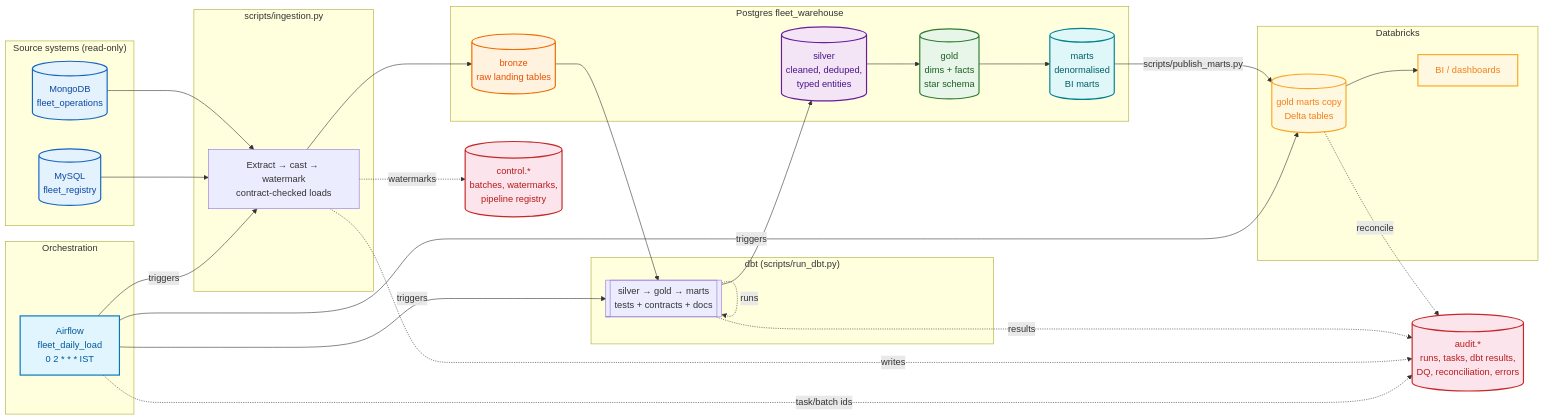
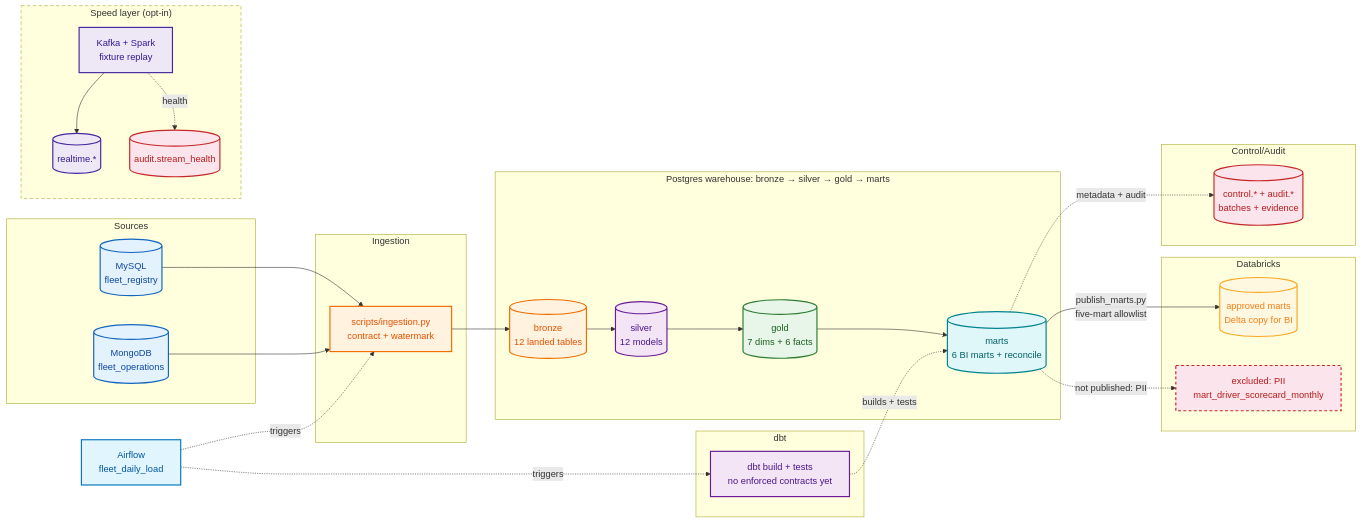
The first of 2 diagrams in README.md (Nitinx12/Fleet-dbt-warehouse), drawn with Mermaid before and after one commit. The commit also changed other lines of this file and 1 other file, not shown here.

Commit message:
docs(readme): polish overview and diagrams

````diff
--- a/README.md
+++ b/README.md
@@ -51,72 +38,57 @@
 ```mermaid
 flowchart LR
-    classDef src fill:#e3f2fd,stroke:#1565c0,stroke-width:2px,color:#0d47a1
-    classDef bronze fill:#fff3e0,stroke:#ef6c00,stroke-width:2px,color:#e65100
-    classDef silver fill:#f3e5f5,stroke:#6a1b9a,stroke-width:2px,color:#4a148c
-    classDef gold fill:#e8f5e9,stroke:#2e7d32,stroke-width:2px,color:#1b5e20
-    classDef mart fill:#e0f7fa,stroke:#00838f,stroke-width:2px,color:#006064
-    classDef bi fill:#fff8e1,stroke:#f9a825,stroke-width:2px,color:#f57f17
-    classDef ctrl fill:#fce4ec,stroke:#c62828,stroke-width:2px,color:#b71c1c
-    classDef orch fill:#e1f5fe,stroke:#0277bd,stroke-width:2px,color:#01579b
-
-    subgraph orchestration["Orchestration"]
-        AF["Airflow<br/>fleet_daily_load<br/>0 2 * * * IST"]
-    end
-
-    subgraph sources["Source systems (read-only)"]
-        MYSQL[("MySQL<br/>fleet_registry")]
-        MONGO[("MongoDB<br/>fleet_operations")]
-    end
-
-    subgraph ingest["scripts/ingestion.py"]
-        ING[Extract → cast → watermark<br/>contract-checked loads]
-    end
-
-    subgraph pg["Postgres fleet_warehouse"]
-        BRONZE[("bronze<br/>raw landing tables")]
-        SILVER[("silver<br/>cleaned, deduped,<br/>typed entities")]
-        GOLD[("gold<br/>dims + facts<br/>star schema")]
-        MARTS[("marts<br/>denormalised<br/>BI marts")]
-    end
-
-    subgraph dbt_layer["dbt (scripts/run_dbt.py)"]
-        DBT[["silver → gold → marts<br/>tests + contracts + docs"]]
-    end
-
-    subgraph dbrx["Databricks"]
-        PUBLISH[("gold marts copy<br/>Delta tables")]
-        BI[BI / dashboards]
-    end
-
-    CTRL[("control.*<br/>batches, watermarks,<br/>pipeline registry")]
-    AUDIT[("audit.*<br/>runs, tasks, dbt results,<br/>DQ, reconciliation, errors")]
-
-    AF -->|triggers| ING
-    AF -->|triggers| DBT
-    AF -->|triggers| PUBLISH
-    AF -. task/batch ids .-> AUDIT
-    MYSQL --> ING
-    MONGO --> ING
-    ING --> BRONZE
-    BRONZE --> DBT
-    DBT --> SILVER
-    SILVER --> GOLD
-    GOLD --> MARTS
-    DBT -.runs.-> DBT
-    MARTS -->|scripts/publish_marts.py| PUBLISH
-    PUBLISH --> BI
-
-    ING -.writes.-> AUDIT
-    DBT -.results.-> AUDIT
-    PUBLISH -.reconcile.-> AUDIT
-    ING -.watermarks.-> CTRL
-
-    class AF orch
-    class MYSQL,MONGO src
-    class BRONZE bronze
-    class SILVER silver
-    class GOLD gold
-    class MARTS mart
-    class PUBLISH,BI bi
-    class CTRL,AUDIT ctrl
+  classDef src fill:#e3f2fd,stroke:#1565c0,stroke-width:2px,color:#0d47a1
+  classDef bronze fill:#fff3e0,stroke:#ef6c00,stroke-width:2px,color:#e65100
+  classDef silver fill:#f3e5f5,stroke:#6a1b9a,stroke-width:2px,color:#4a148c
+  classDef gold fill:#e8f5e9,stroke:#2e7d32,stroke-width:2px,color:#1b5e20
+  classDef mart fill:#e0f7fa,stroke:#00838f,stroke-width:2px,color:#006064
+  classDef bi fill:#fff8e1,stroke:#f9a825,stroke-width:2px,color:#f57f17
+  classDef ctrl fill:#fce4ec,stroke:#c62828,stroke-width:2px,color:#b71c1c
+  classDef orch fill:#e1f5fe,stroke:#0277bd,stroke-width:2px,color:#01579b
+  classDef speed fill:#ede7f6,stroke:#4527a0,stroke-width:2px,color:#311b92
+  classDef blocked fill:#fce4ec,stroke:#c62828,stroke-width:2px,stroke-dasharray: 5 4,color:#b71c1c
+  AF["Airflow<br/>fleet_daily_load"]:::orch
+  subgraph sources["Sources"]
+    MYSQL[("MySQL<br/>fleet_registry")]:::src
+    MONGO[("MongoDB<br/>fleet_operations")]:::src
+  end
+  subgraph ingestion["Ingestion"]
+    ING["scripts/ingestion.py<br/>contract + watermark"]:::bronze
+  end
+  subgraph warehouse["Postgres warehouse: bronze → silver → gold → marts"]
+    BRONZE[("bronze<br/>12 landed tables")]:::bronze
+    SILVER[("silver<br/>12 models")]:::silver
+    GOLD[("gold<br/>7 dims + 6 facts")]:::gold
+    MARTS[("marts<br/>6 BI marts + reconcile")]:::mart
+  end
+  subgraph dbt_layer["dbt"]
+    DBT["dbt build + tests<br/>no enforced contracts yet"]:::silver
+  end
+  subgraph databricks["Databricks"]
+    DATABRICKS[("approved marts<br/>Delta copy for BI")]:::bi
+    BLOCKED["excluded: PII<br/>mart_driver_scorecard_monthly"]:::blocked
+  end
+  subgraph control_audit["Control/Audit"]
+    CTRL[("control.* + audit.*<br/>batches + evidence")]:::ctrl
+  end
+  subgraph speed["Speed layer (opt-in)"]
+    SPEED["Kafka + Spark<br/>fixture replay"]:::speed
+    REALTIME[("realtime.*")]:::speed
+    STREAMHEALTH[("audit.stream_health")]:::ctrl
+  end
+  MYSQL --> ING
+  MONGO --> ING
+  ING --> BRONZE
+  BRONZE --> SILVER
+  SILVER --> GOLD
+  GOLD --> MARTS
+  MARTS -->|"publish_marts.py<br/>five-mart allowlist"| DATABRICKS
+  MARTS -. "not published: PII" .-> BLOCKED
+  AF -. triggers .-> ING
+  AF -. triggers .-> DBT
+  DBT -. "builds + tests" .-> MARTS
+  MARTS -. "metadata + audit" .-> CTRL
+  SPEED --> REALTIME
+  SPEED -. health .-> STREAMHEALTH
+  style speed stroke-dasharray: 6 4
 ```
````
